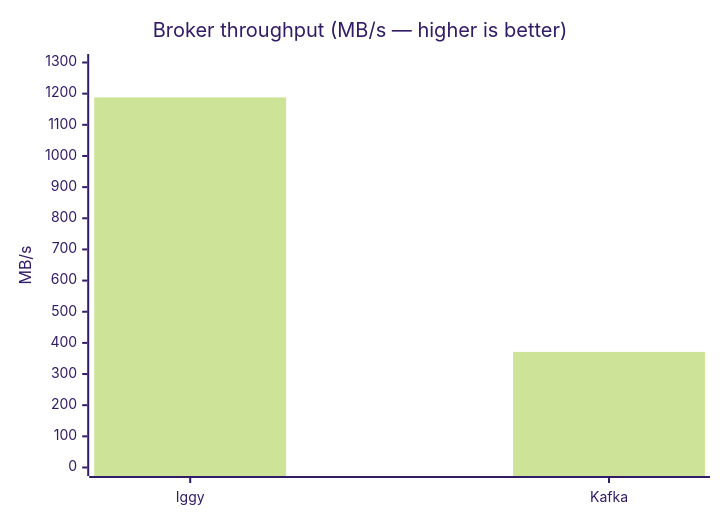
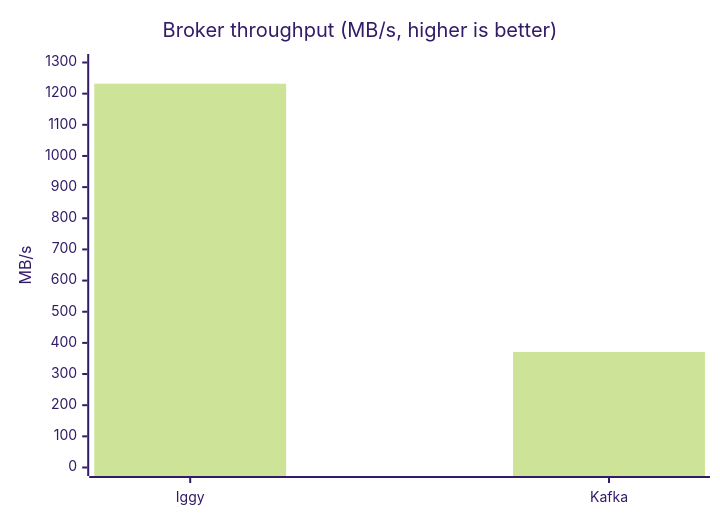
Before and after one commit to velodb/velodb-demos: the second of 4 diagrams in iggy/bench/README.md, drawn with Mermaid (forest theme). The commit also changed other lines of this file and 9 other files, not shown here.

````diff
--- a/iggy/bench/README.md
+++ b/iggy/bench/README.md
@@ -168,7 +175,7 @@
 ```mermaid
 xychart-beta
-    title "Broker throughput (MB/s — higher is better)"
+    title "Broker throughput (MB/s, higher is better)"
     x-axis ["Iggy", "Kafka"]
     y-axis "MB/s" 0 --> 1300
-    bar [1188, 371]
+    bar [1232, 371]
 ```
````
